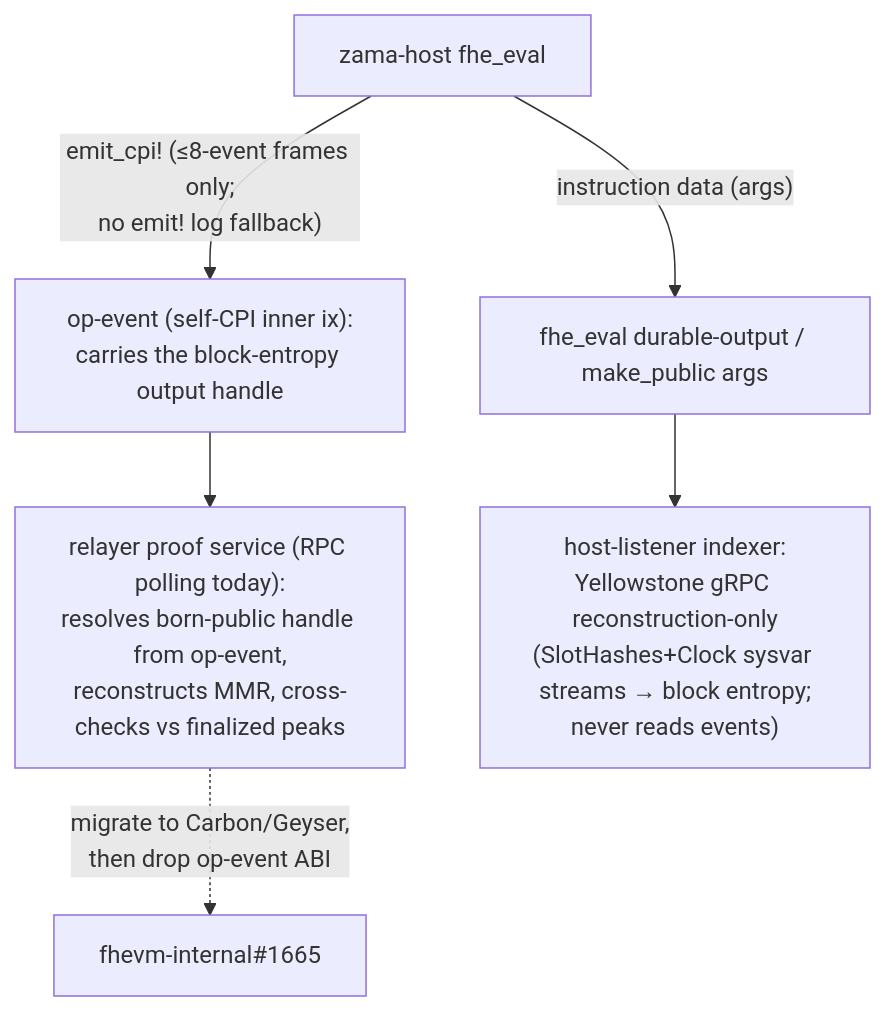
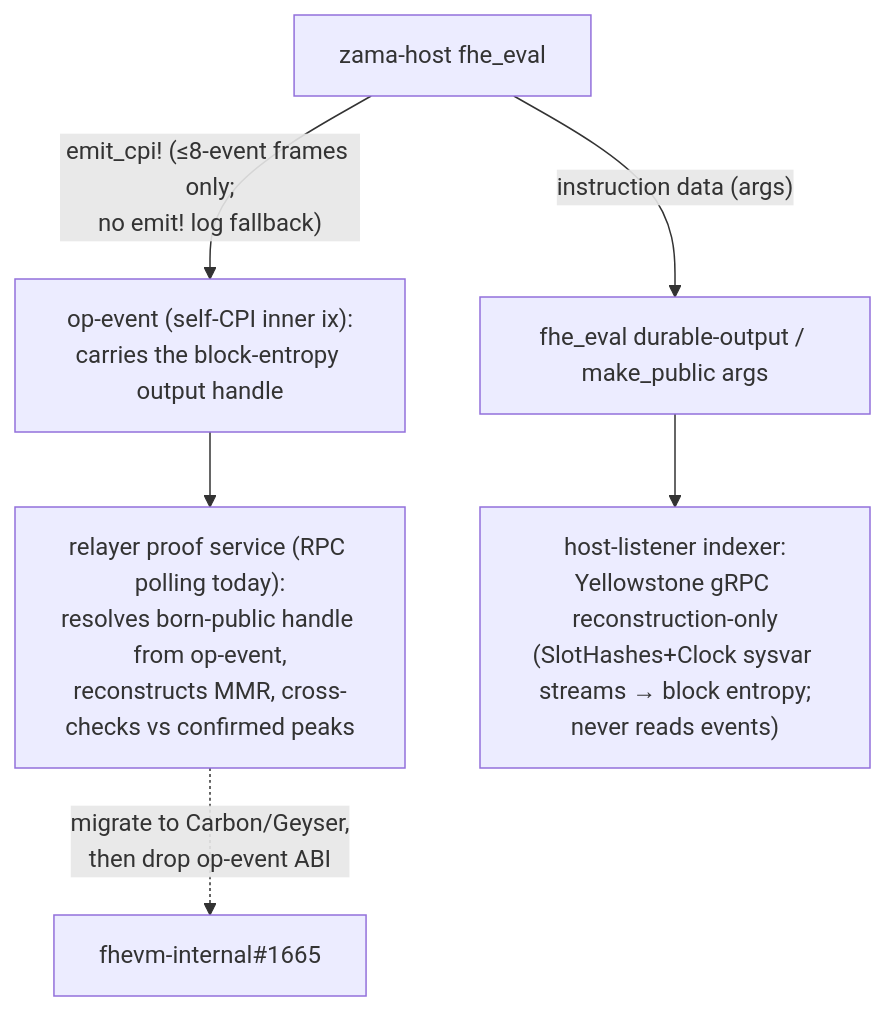
Before and after one commit to zama-ai/fhevm: the sixth of 6 diagrams in solana/docs/MMR_ACL_MVP.md, drawn with Mermaid. The commit also changed other lines of this file and 10 other files, not shown here.

````diff
--- a/solana/docs/MMR_ACL_MVP.md
+++ b/solana/docs/MMR_ACL_MVP.md
@@ -163,8 +164,8 @@
 ```mermaid
 flowchart TD
     prog["zama-host fhe_eval"] -->|"emit_cpi! (≤8-event frames only;<br/>no emit! log fallback)"| ev["op-event (self-CPI inner ix):<br/>carries the block-entropy output handle"]
     prog -->|"instruction data (args)"| ix["fhe_eval durable-output / make_public args"]
-    ev --> relayer["relayer proof service (RPC polling today):<br/>resolves born-public handle from op-event,<br/>reconstructs MMR, cross-checks vs finalized peaks"]
+    ev --> relayer["relayer proof service (RPC polling today):<br/>resolves born-public handle from op-event,<br/>reconstructs MMR, cross-checks vs confirmed peaks"]
     ix --> listener["host-listener indexer:<br/>Yellowstone gRPC reconstruction-only<br/>(SlotHashes+Clock sysvar streams → block entropy;<br/>never reads events)"]
     relayer -.->|"migrate to Carbon/Geyser,<br/>then drop op-event ABI"| followup["fhevm-internal#1665"]
 ```
````
